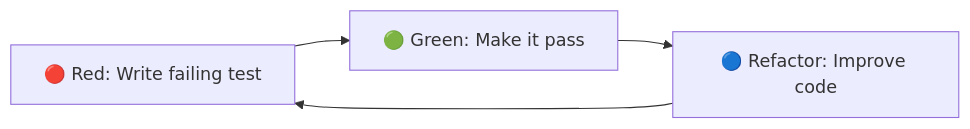
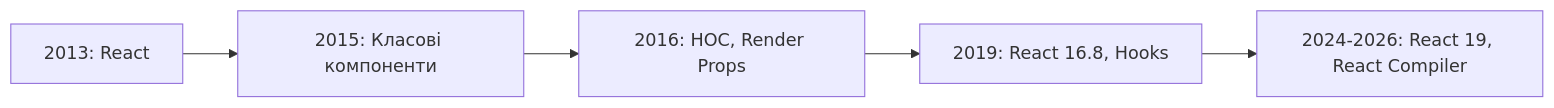
Before and after one commit to olroi421/course-web: the second of 5 diagrams in presentations/presentation-08.md, drawn with Mermaid. The commit also changed other lines of this file and 4 other files, not shown here.

````diff
--- a/presentations/presentation-08.md
+++ b/presentations/presentation-08.md
@@ -839,6 +84,7 @@
 ```mermaid
 graph LR
-    A[🔴 Red: Write failing test] --> B[🟢 Green: Make it pass]
-    B --> C[🔵 Refactor: Improve code]
-    C --> A
+    A[2013: React] --> B[2015: Класові компоненти]
+    B --> C[2016: HOC, Render Props]
+    C --> D[2019: React 16.8, Hooks]
+    D --> E[2024-2026: React 19, React Compiler]
 ```
````
